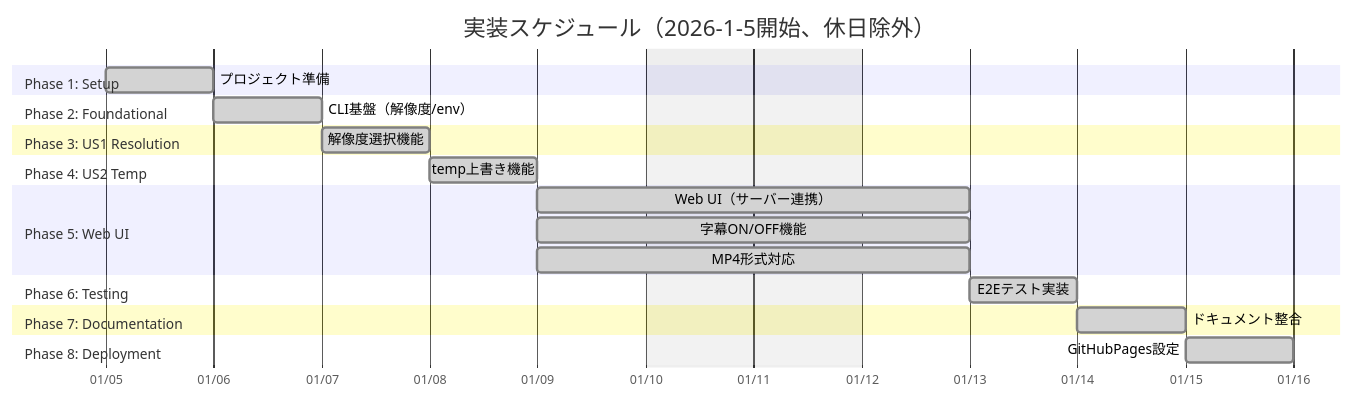
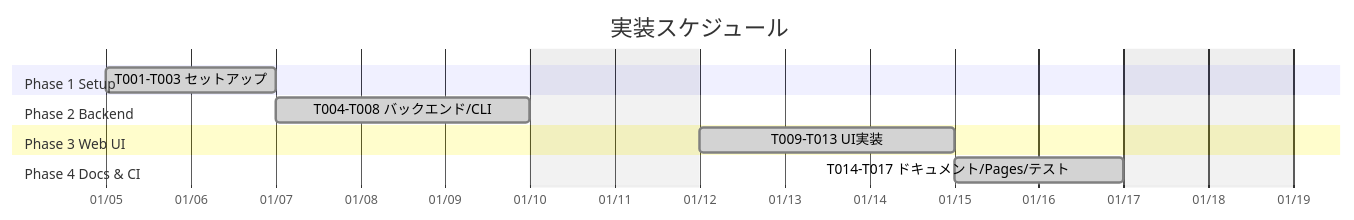
The first of 2 diagrams in specs/001-MyVoice-Maker/tasks.md (J1921604/MyVoice-Maker), drawn with Mermaid before and after one commit. The commit also changed other lines of this file and 35 other files, not shown here.

````diff
--- a/specs/001-MyVoice-Maker/tasks.md
+++ b/specs/001-MyVoice-Maker/tasks.md
@@ -20,33 +20,19 @@
 ```mermaid
 gantt
-    title 実装スケジュール（2026-1-5開始、休日除外）
+    title 実装スケジュール
     dateFormat YYYY-MM-DD
     axisFormat %m/%d
     excludes weekends,2025-12-27,2025-12-28,2025-12-29,2025-12-30,2025-12-31,2026-01-01,2026-01-02,2026-01-03,2026-01-04
 
-    section Phase 1: Setup
-    プロジェクト準備                :done, p1, 2026-01-05, 1d
+    section Phase 1 Setup
+    T001-T003 セットアップ                 :done, p1, 2026-01-05, 2d
 
-    section Phase 2: Foundational
-    CLI基盤（解像度/env）            :done, p2, after p1, 1d
+    section Phase 2 Backend
+    T004-T008 バックエンド/CLI             :done, p2, after p1, 3d
 
-    section Phase 3: US1 Resolution
-    解像度選択機能                   :done, p3, after p2, 1d
+    section Phase 3 Web UI
+    T009-T013 UI実装                       :done, p3, after p2, 3d
 
-    section Phase 4: US2 Temp
-    temp上書き機能                   :done, p4, after p3, 1d
-
-    section Phase 5: Web UI
-    Web UI（サーバー連携）            :done, p5, after p4, 2d
-    字幕ON/OFF機能                   :done, p5_sub1, after p4, 2d
-    MP4形式対応                      :done, p5_sub2, after p4, 2d
-
-    section Phase 6: Testing
-    E2Eテスト実装                    :done, p6, after p5, 1d
-
-    section Phase 7: Documentation
-    ドキュメント整合                  :done, p7, after p6, 1d
-    
-    section Phase 8: Deployment
-    GitHubPages設定                  :done, p8, after p7, 1d
+    section Phase 4 Docs & CI
+    T014-T017 ドキュメント/Pages/テスト     :done, p4, after p3, 2d
 ```
````
